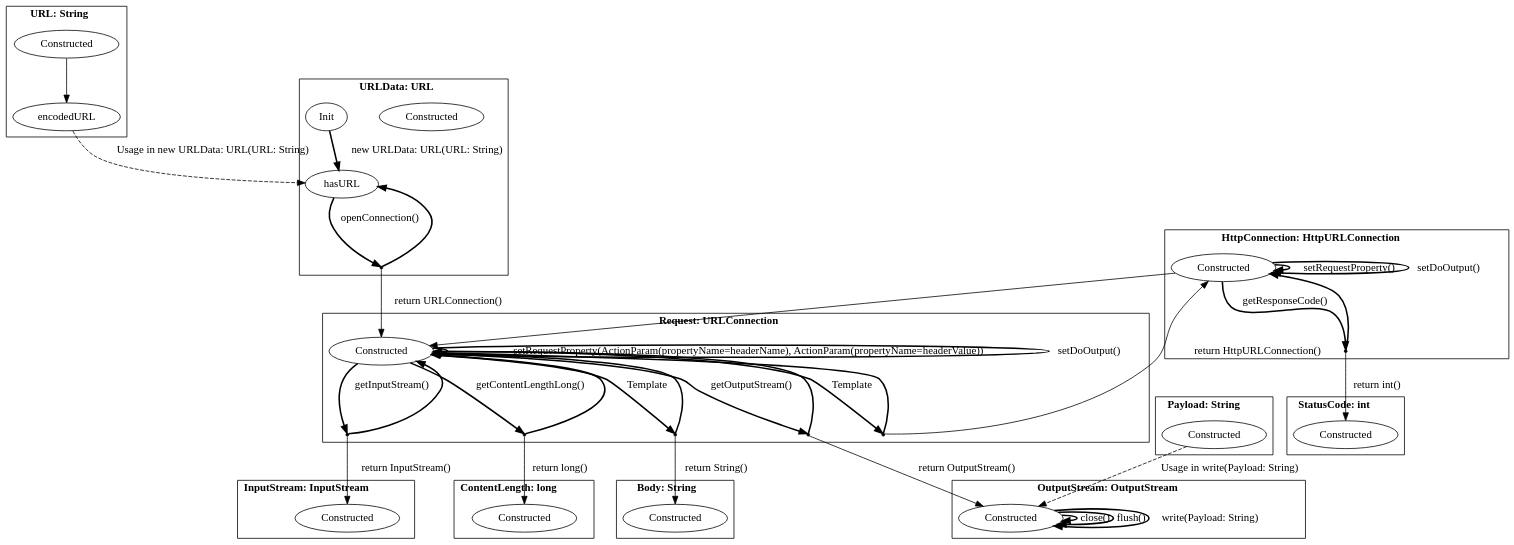
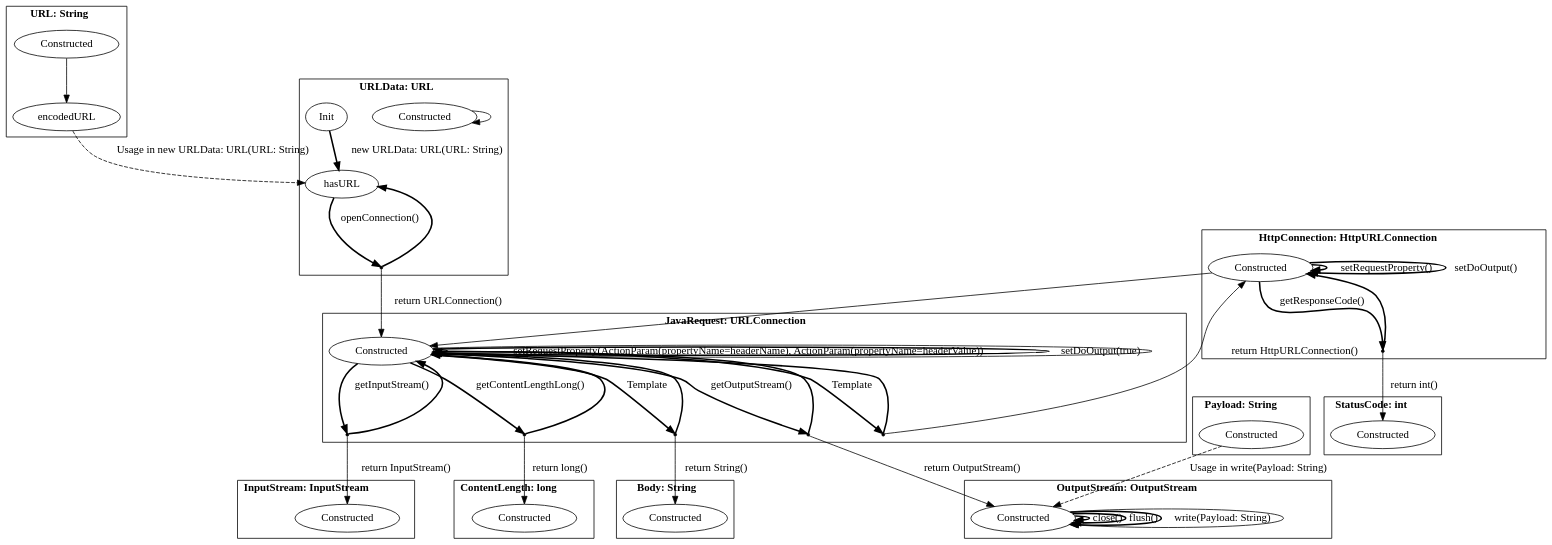
The diagram in pictures/java.dot (h31/LibraryMigration), drawn with Graphviz before and after one commit. The commit also changed 13 other files, not shown here.

```diff
--- a/pictures/java.dot
+++ b/pictures/java.dot
@@ -1,86 +1,89 @@
 digraph G {
     bgcolor="transparent";
     subgraph cluster0 {
     label = <<B>URL: String</B>>;
         Constructed_URL [ label="Constructed" ];
         encodedURL_URL [ label="encodedURL" ];
     }
     subgraph cluster1 {
     label = <<B>URLData: URL</B>>;
         Constructed_URLData [ label="Constructed" ];
         hasURL_URLData [ label="hasURL" ];
         Init_URLData [ label="Init" ];
         virtual0 [ shape = point ];
     }
     subgraph cluster2 {
-    label = <<B>Request: URLConnection</B>>;
-        Constructed_Request [ label="Constructed" ];
+    label = <<B>JavaRequest: URLConnection</B>>;
+        Constructed_JavaRequest [ label="Constructed" ];
         virtual1 [ shape = point ];
         virtual2 [ shape = point ];
         virtual3 [ shape = point ];
         virtual4 [ shape = point ];
         virtual5 [ shape = point ];
     }
     subgraph cluster3 {
     label = <<B>Body: String</B>>;
         Constructed_Body [ label="Constructed" ];
     }
     subgraph cluster4 {
     label = <<B>InputStream: InputStream</B>>;
         Constructed_InputStream [ label="Constructed" ];
     }
     subgraph cluster5 {
     label = <<B>ContentLength: long</B>>;
         Constructed_ContentLength [ label="Constructed" ];
     }
     subgraph cluster6 {
     label = <<B>StatusCode: int</B>>;
         Constructed_StatusCode [ label="Constructed" ];
     }
     subgraph cluster7 {
     label = <<B>HttpConnection: HttpURLConnection</B>>;
         Constructed_HttpConnection [ label="Constructed" ];
         virtual6 [ shape = point ];
     }
     subgraph cluster8 {
     label = <<B>OutputStream: OutputStream</B>>;
         Constructed_OutputStream [ label="Constructed" ];
     }
     subgraph cluster9 {
     label = <<B>Payload: String</B>>;
         Constructed_Payload [ label="Constructed" ];
     }
         Constructed_URL -> encodedURL_URL [ label="", style = "solid"  ];
         encodedURL_URL -> hasURL_URLData [ label="Usage in new URLData: URL(URL: String)", style = "dashed"  ];
         Init_URLData -> hasURL_URLData [ label="new URLData: URL(URL: String)", style = "bold"  ];
         hasURL_URLData -> virtual0 [ style = "bold" label="openConnection()"  ];
         virtual0 -> hasURL_URLData [ style = "bold"  ];
-        virtual0 -> Constructed_Request [ label="return URLConnection()"  ];
-        Constructed_Request -> virtual1 [ style = "bold" label="Template"  ];
-        virtual1 -> Constructed_Request [ style = "bold"  ];
+        virtual0 -> Constructed_JavaRequest [ label="return URLConnection()"  ];
+        Constructed_URLData -> Constructed_URLData [ label="", style = "solid"  ];
+        Constructed_JavaRequest -> virtual1 [ style = "bold" label="Template"  ];
+        virtual1 -> Constructed_JavaRequest [ style = "bold"  ];
         virtual1 -> Constructed_Body [ label="return String()"  ];
-        Constructed_Request -> virtual2 [ style = "bold" label="getInputStream()"  ];
-        virtual2 -> Constructed_Request [ style = "bold"  ];
+        Constructed_JavaRequest -> virtual2 [ style = "bold" label="getInputStream()"  ];
+        virtual2 -> Constructed_JavaRequest [ style = "bold"  ];
         virtual2 -> Constructed_InputStream [ label="return InputStream()"  ];
-        Constructed_Request -> Constructed_Request [ label="setRequestProperty(ActionParam(propertyName&#x3D;headerName), ActionParam(propertyName&#x3D;headerValue))", style = "bold"  ];
-        Constructed_Request -> Constructed_Request [ label="setDoOutput()", style = "bold"  ];
-        Constructed_Request -> virtual3 [ style = "bold" label="getContentLengthLong()"  ];
-        virtual3 -> Constructed_Request [ style = "bold"  ];
+        Constructed_JavaRequest -> Constructed_JavaRequest [ label="setRequestProperty(ActionParam(propertyName&#x3D;headerName), ActionParam(propertyName&#x3D;headerValue))", style = "bold"  ];
+        Constructed_JavaRequest -> Constructed_JavaRequest [ label="setDoOutput(true)", style = "bold"  ];
+        Constructed_JavaRequest -> virtual3 [ style = "bold" label="getContentLengthLong()"  ];
+        virtual3 -> Constructed_JavaRequest [ style = "bold"  ];
         virtual3 -> Constructed_ContentLength [ label="return long()"  ];
-        Constructed_Request -> virtual4 [ style = "bold" label="getOutputStream()"  ];
-        virtual4 -> Constructed_Request [ style = "bold"  ];
+        Constructed_JavaRequest -> virtual4 [ style = "bold" label="getOutputStream()"  ];
+        virtual4 -> Constructed_JavaRequest [ style = "bold"  ];
         virtual4 -> Constructed_OutputStream [ label="return OutputStream()"  ];
-        Constructed_Request -> virtual5 [ style = "bold" label="Template"  ];
-        virtual5 -> Constructed_Request [ style = "bold"  ];
+        Constructed_JavaRequest -> virtual5 [ style = "bold" label="Template"  ];
+        virtual5 -> Constructed_JavaRequest [ style = "bold"  ];
         virtual5 -> Constructed_HttpConnection [ label="return HttpURLConnection()"  ];
-        Constructed_HttpConnection -> Constructed_Request [ label="", style = "solid"  ];
+        Constructed_JavaRequest -> Constructed_JavaRequest [ label="", style = "solid"  ];
+        Constructed_HttpConnection -> Constructed_JavaRequest [ label="", style = "solid"  ];
         Constructed_HttpConnection -> virtual6 [ style = "bold" label="getResponseCode()"  ];
         virtual6 -> Constructed_HttpConnection [ style = "bold"  ];
         virtual6 -> Constructed_StatusCode [ label="return int()"  ];
         Constructed_HttpConnection -> Constructed_HttpConnection [ label="setRequestProperty()", style = "bold"  ];
         Constructed_HttpConnection -> Constructed_HttpConnection [ label="setDoOutput()", style = "bold"  ];
         Constructed_OutputStream -> Constructed_OutputStream [ label="close()", style = "bold"  ];
         Constructed_OutputStream -> Constructed_OutputStream [ label="flush()", style = "bold"  ];
         Constructed_OutputStream -> Constructed_OutputStream [ label="write(Payload: String)", style = "bold"  ];
+        Constructed_OutputStream -> Constructed_OutputStream [ label="", style = "solid"  ];
         Constructed_Payload -> Constructed_OutputStream [ label="Usage in write(Payload: String)", style = "dashed"  ];
 }
```
